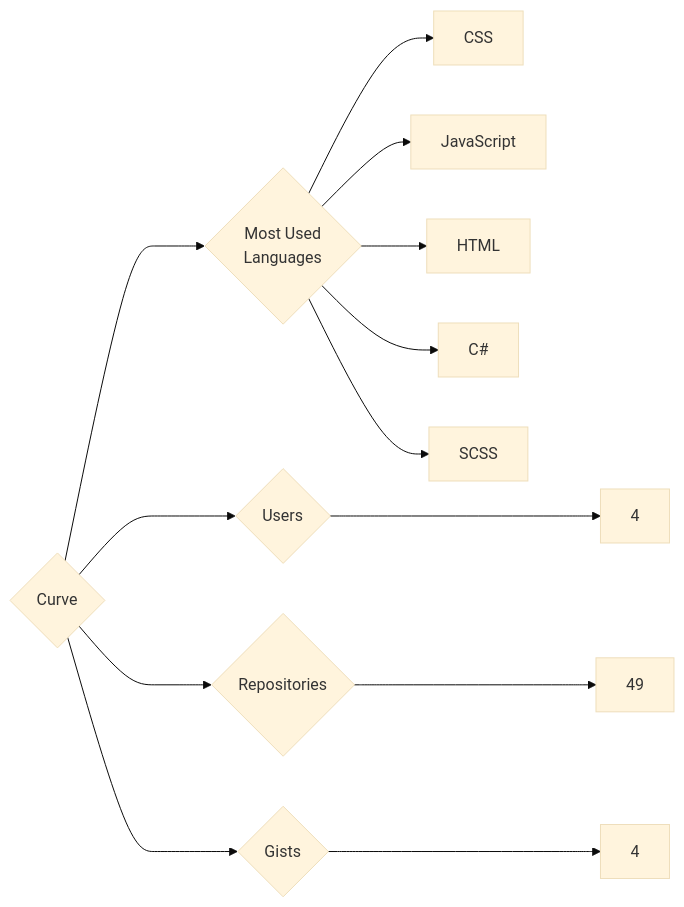
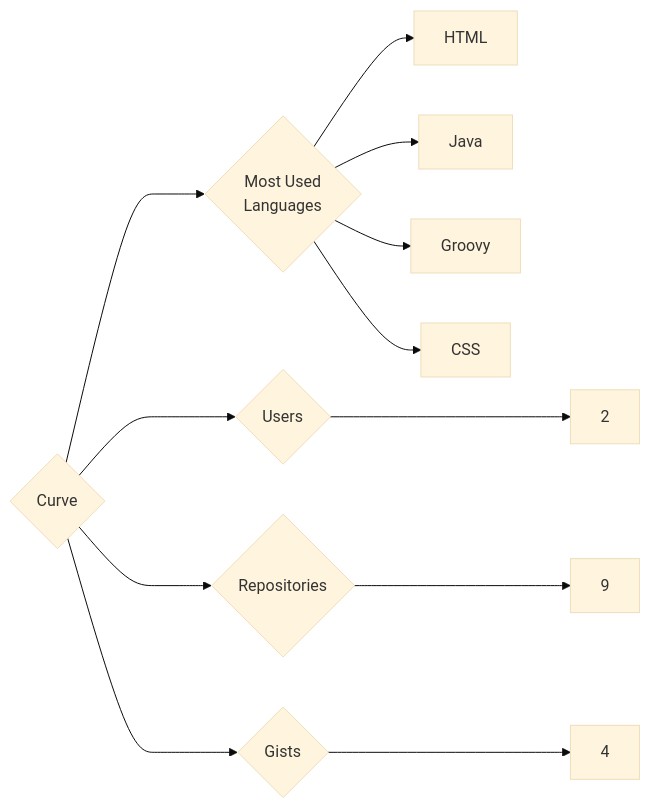
One commit to trickest/insiders changed the diagram in targets/Curve/README.md. Above: the diagram before and after it, drawn with Mermaid (base theme). The commit also changed 845 other files, not shown here.

````diff
--- a/targets/Curve/README.md
+++ b/targets/Curve/README.md
@@ -3,13 +3,12 @@
 ```mermaid
 graph LR
 COMPANY_NAME{Curve}
-COMPANY_NAME ---> U{Users} ---> UN[4]
-COMPANY_NAME ---> R{Repositories} ---> RN[49]
+COMPANY_NAME ---> U{Users} ---> UN[2]
+COMPANY_NAME ---> R{Repositories} ---> RN[9]
 COMPANY_NAME ---> G{Gists} ---> GN[4]
 COMPANY_NAME ---> ML{Most Used<br>Languages}
+ML --> HTML[HTML]
+ML --> Java[Java]
+ML --> Groovy[Groovy]
 ML --> CSS[CSS]
-ML --> JavaScript[JavaScript]
-ML --> HTML[HTML]
-ML --> C#[C#]
-ML --> SCSS[SCSS]
 ```
````
